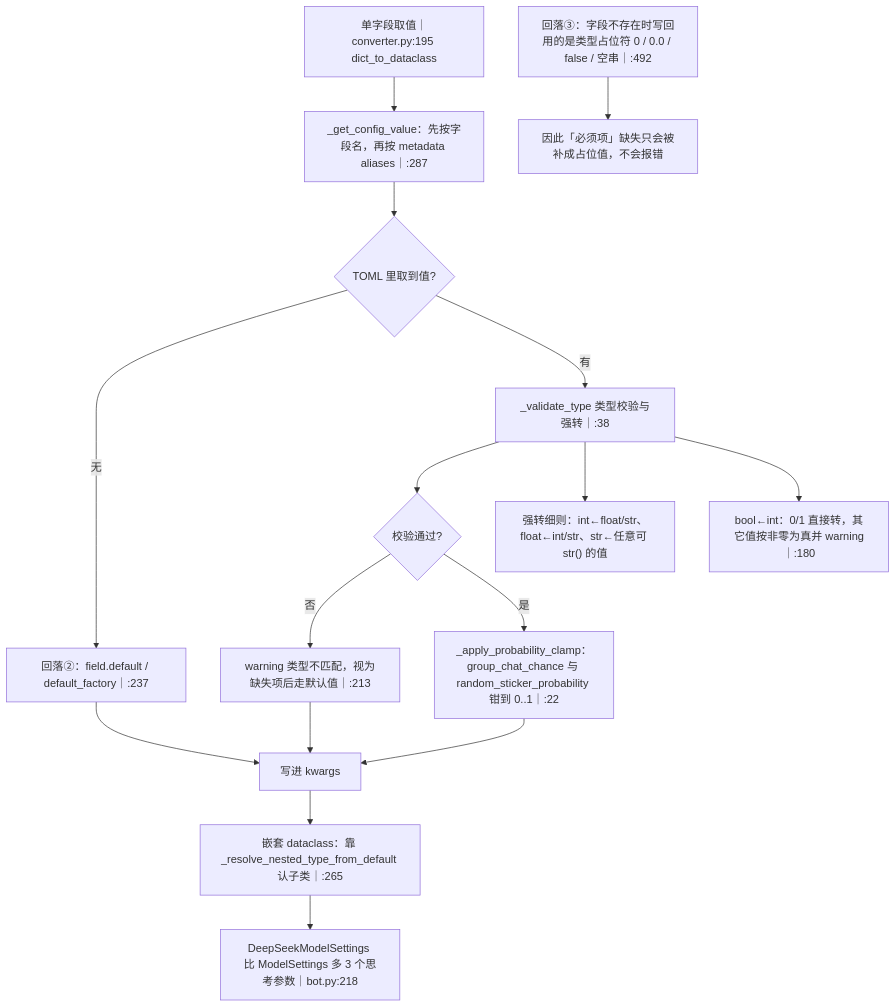
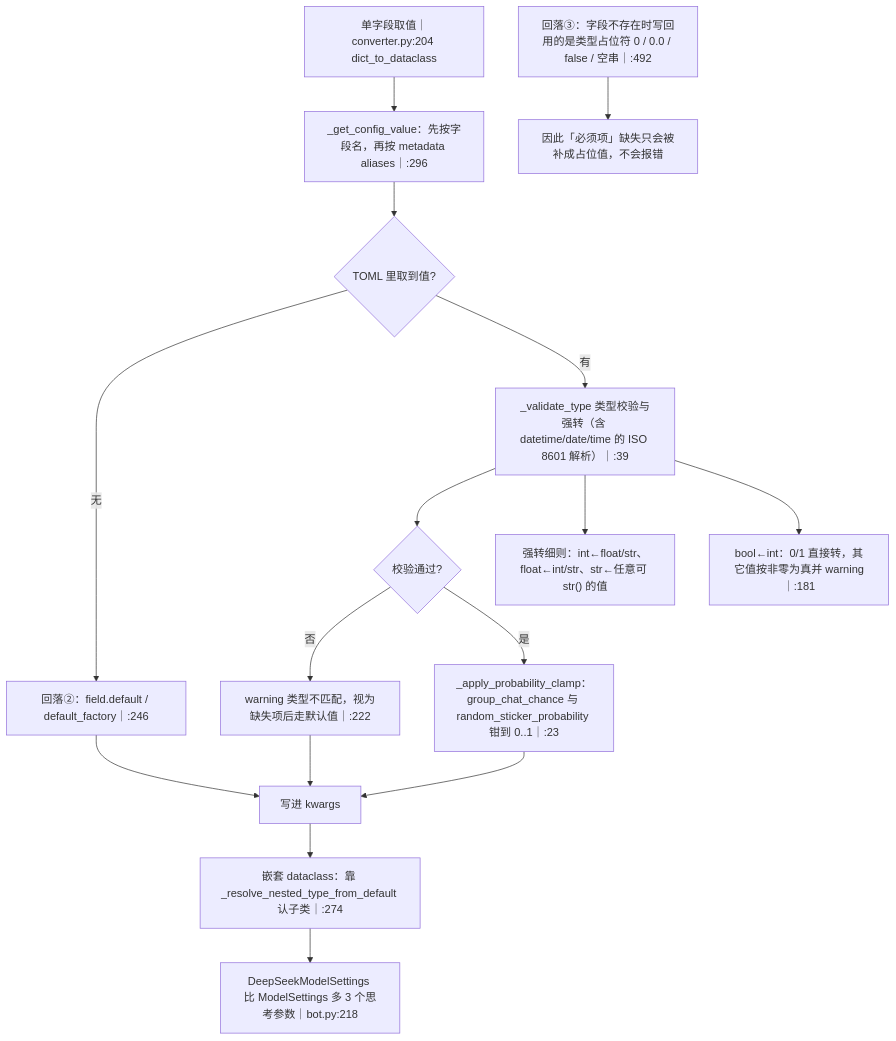
Before and after one commit to SuperQuail/NeoBot: the sixth of 12 diagrams in docs/flow/01b-config-system.md, drawn with Mermaid. The commit also changed other lines of this file and 84 other files, not shown here.

````diff
--- a/docs/flow/01b-config-system.md
+++ b/docs/flow/01b-config-system.md
@@ -235,18 +235,18 @@
 ```mermaid
 flowchart TD
-    A["单字段取值｜converter.py:195 dict_to_dataclass"] --> B["_get_config_value：先按字段名，再按 metadata aliases｜:287"]
+    A["单字段取值｜converter.py:204 dict_to_dataclass"] --> B["_get_config_value：先按字段名，再按 metadata aliases｜:296"]
     B --> C{"TOML 里取到值?"}
-    C -- 无 --> D["回落②：field.default / default_factory｜:237"]
-    C -- 有 --> E["_validate_type 类型校验与强转｜:38"]
+    C -- 无 --> D["回落②：field.default / default_factory｜:246"]
+    C -- 有 --> E["_validate_type 类型校验与强转（含 datetime/date/time 的 ISO 8601 解析）｜:39"]
     E --> F{"校验通过?"}
-    F -- 否 --> G["warning 类型不匹配，视为缺失项后走默认值｜:213"]
-    F -- 是 --> H["_apply_probability_clamp：group_chat_chance 与 random_sticker_probability 钳到 0..1｜:22"]
+    F -- 否 --> G["warning 类型不匹配，视为缺失项后走默认值｜:222"]
+    F -- 是 --> H["_apply_probability_clamp：group_chat_chance 与 random_sticker_probability 钳到 0..1｜:23"]
     H --> I["写进 kwargs"]
     D --> I
     G --> I
-    I --> J["嵌套 dataclass：靠 _resolve_nested_type_from_default 认子类｜:265"]
+    I --> J["嵌套 dataclass：靠 _resolve_nested_type_from_default 认子类｜:274"]
     J --> K["DeepSeekModelSettings 比 ModelSettings 多 3 个思考参数｜bot.py:218"]
     E --> L["强转细则：int←float/str、float←int/str、str←任意可 str() 的值"]
-    E --> M["bool←int：0/1 直接转，其它值按非零为真并 warning｜:180"]
+    E --> M["bool←int：0/1 直接转，其它值按非零为真并 warning｜:181"]
     N["回落③：字段不存在时写回用的是类型占位符 0 / 0.0 / false / 空串｜:492"] --> O["因此「必须项」缺失只会被补成占位值，不会报错"]
 ```
````
